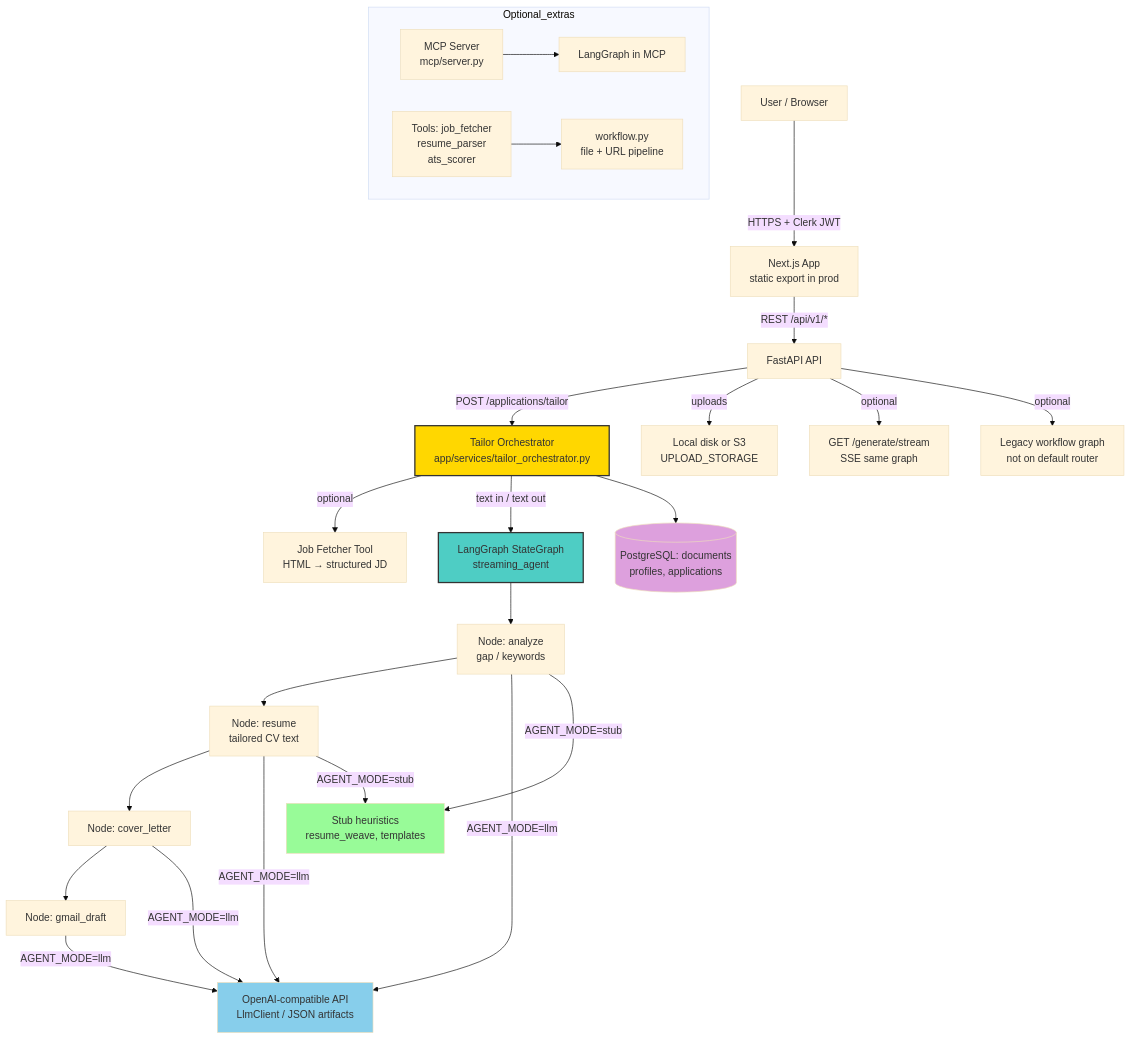
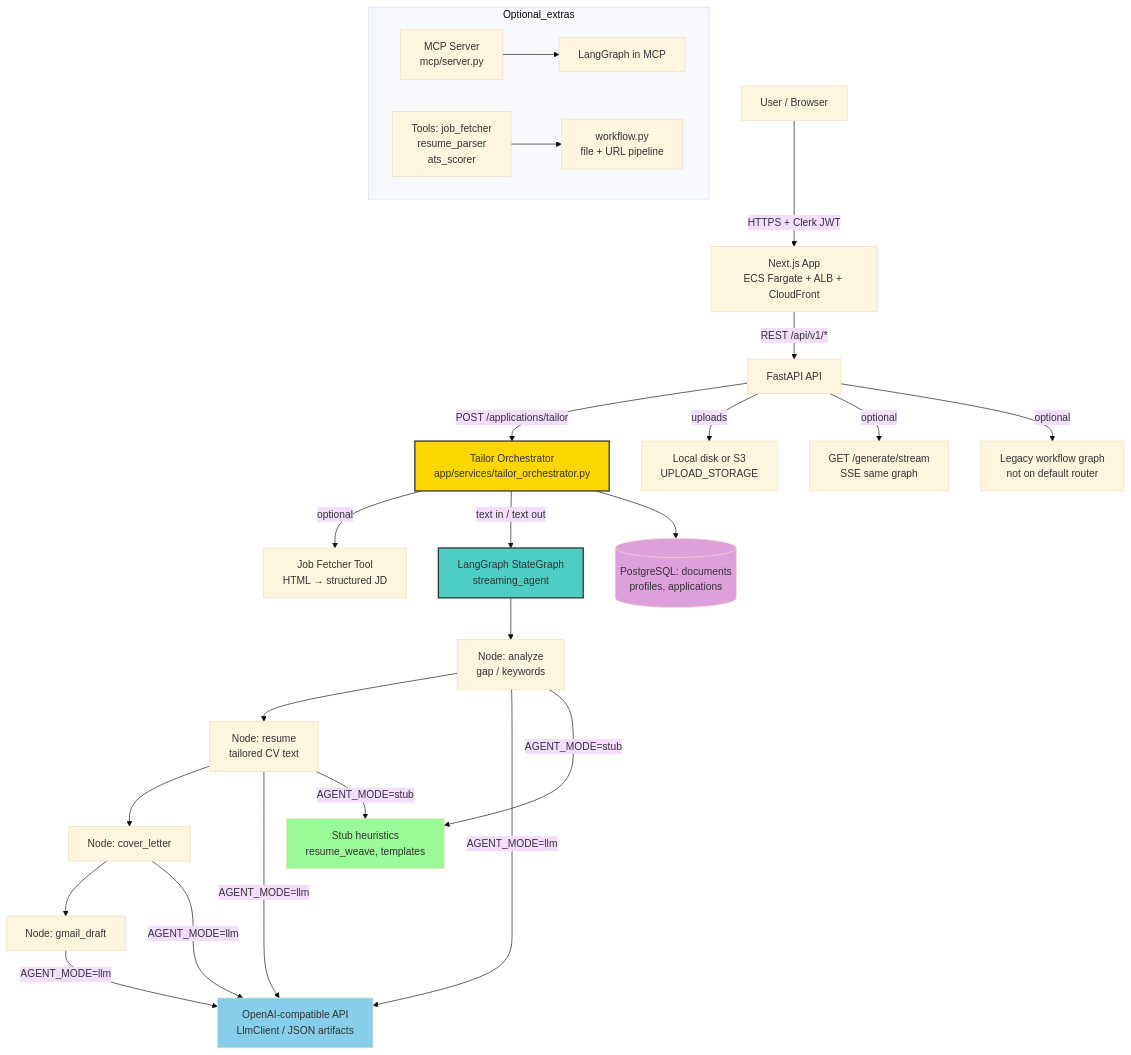
Before and after one commit to iamwales/TalentStreamAI: the first of 3 diagrams in agentarchitecture.md, drawn with Mermaid (base theme). The commit also changed other lines of this file and 2 other files, not shown here.

````diff
--- a/agentarchitecture.md
+++ b/agentarchitecture.md
@@ -11,39 +13,39 @@
 ```mermaid
 graph TB
-    User[User / Browser] -->|HTTPS + Clerk JWT| UI[Next.js App<br/>static export in prod]
+    User[User / Browser] -->|HTTPS + Clerk JWT| UI[Next.js App<br/>ECS Fargate + ALB + CloudFront]
     UI -->|REST /api/v1/*| API[FastAPI API]
     
     API -->|POST /applications/tailor| Orch[Tailor Orchestrator<br/>app/services/tailor_orchestrator.py]
     Orch -->|optional| Fetch[Job Fetcher Tool<br/>HTML → structured JD]
     Orch -->|text in / text out| LG[LangGraph StateGraph<br/>streaming_agent]
     
     LG --> N1[Node: analyze<br/>gap / keywords]
     N1 --> N2[Node: resume<br/>tailored CV text]
     N2 --> N3[Node: cover_letter]
     N3 --> N4[Node: gmail_draft]
     
     N2 -->|AGENT_MODE=llm| LLM[OpenAI-compatible API<br/>LlmClient / JSON artifacts]
     N1 -->|AGENT_MODE=llm| LLM
     N3 -->|AGENT_MODE=llm| LLM
     N4 -->|AGENT_MODE=llm| LLM
     
     N2 -->|AGENT_MODE=stub| Stub[Stub heuristics<br/>resume_weave, templates]
     N1 -->|AGENT_MODE=stub| Stub
     
     Orch --> DB[(PostgreSQL: documents<br/>profiles, applications)]
     API -->|uploads| Store[Local disk or S3<br/>UPLOAD_STORAGE]
     
     API -->|optional| Stream[GET /generate/stream<br/>SSE same graph]
     API -->|optional| Legacy[Legacy workflow graph<br/>not on default router]
     
     subgraph Optional_extras
         MCP[MCP Server<br/>mcp/server.py] --> LG2[LangGraph in MCP]
         Tools[Tools: job_fetcher<br/>resume_parser<br/>ats_scorer] --> LegacyWF[workflow.py<br/>file + URL pipeline]
     end
     
     style Orch fill:#FFD700,stroke:#333,stroke-width:2px
     style LG fill:#4ECDC4,stroke:#333,stroke-width:2px
     style LLM fill:#87CEEB
     style Stub fill:#98FB98
     style DB fill:#DDA0DD
 ```
````
